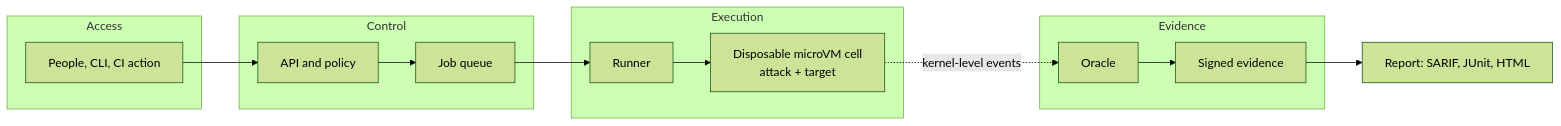
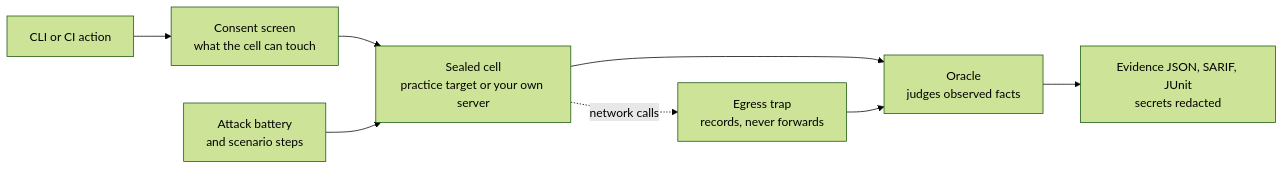
One commit to redfilade/redfilade changed the diagram in README.md. Above: the diagram before and after it, drawn with Mermaid (forest theme). The commit also changed other lines of this file and 10 other files, not shown here.

````diff
--- a/README.md
+++ b/README.md
@@ -54,19 +105,10 @@
 ```mermaid
 flowchart LR
-  subgraph A["Access"]
-    U["People, CLI, CI action"]
-  end
-  subgraph C["Control"]
-    API["API and policy"] --> Q["Job queue"]
-  end
-  subgraph E["Execution"]
-    R["Runner"] --> Cell["Disposable microVM cell<br/>attack + target"]
-  end
-  subgraph V["Evidence"]
-    O["Oracle"] --> S["Signed evidence"]
-  end
-  U --> API
-  Q --> R
-  Cell -. "kernel-level events" .-> O
-  S --> Rep["Report: SARIF, JUnit, HTML"]
+  CLI["CLI or CI action"] --> Consent["Consent screen<br/>what the cell can touch"]
+  Consent --> Cell["Sealed cell<br/>practice target or your own server"]
+  Attack["Attack battery<br/>and scenario steps"] --> Cell
+  Cell -. "network calls" .-> Sink["Egress trap<br/>records, never forwards"]
+  Cell --> Oracle["Oracle<br/>judges observed facts"]
+  Sink --> Oracle
+  Oracle --> Out["Evidence JSON, SARIF, JUnit<br/>secrets redacted"]
 ```
````
